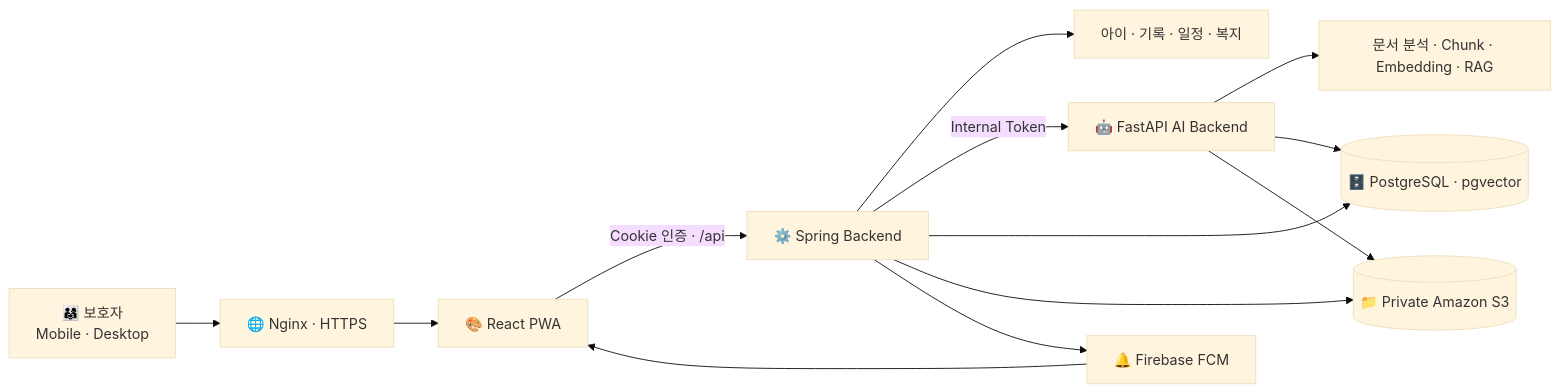
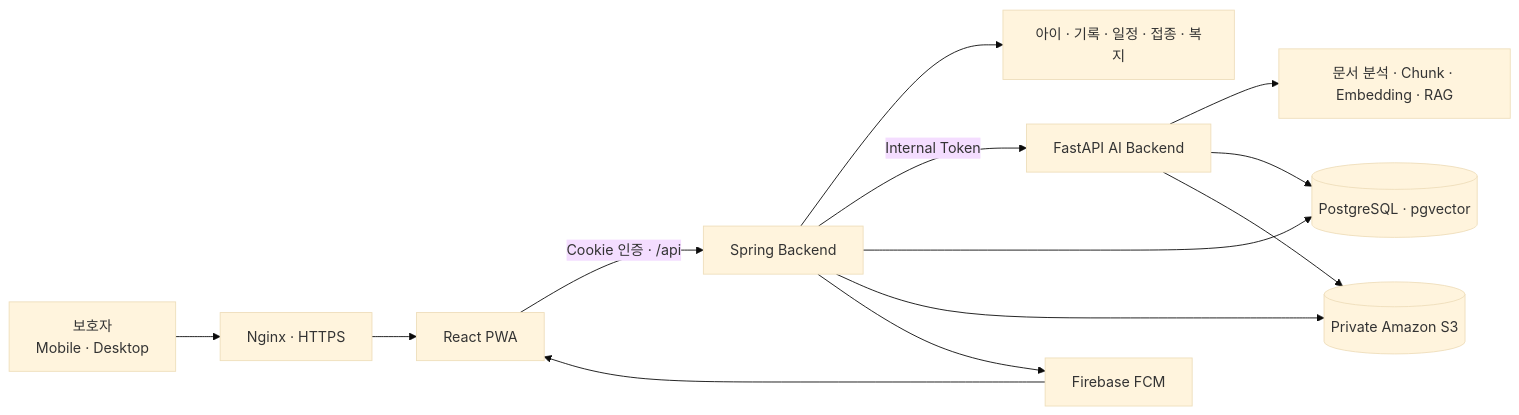
Before and after one commit to ieum-connect/.github: the first of 2 diagrams in profile/README.md, drawn with Mermaid (base theme). The commit also changed other lines of this file and 2 other files, not shown here.

````diff
--- a/profile/README.md
+++ b/profile/README.md
@@ -133,14 +150,14 @@
 ```mermaid
 flowchart LR
-    USER["👨‍👩‍👧 보호자<br/>Mobile · Desktop"] --> NGINX["🌐 Nginx · HTTPS"]
-    NGINX --> FE["🎨 React PWA"]
-    FE -->|Cookie 인증 · /api| BE["⚙️ Spring Backend"]
-    BE --> DOMAIN["아이 · 기록 · 일정 · 복지"]
-    BE -->|Internal Token| AI["🤖 FastAPI AI Backend"]
+    USER["보호자<br/>Mobile · Desktop"] --> NGINX["Nginx · HTTPS"]
+    NGINX --> FE["React PWA"]
+    FE -->|Cookie 인증 · /api| BE["Spring Backend"]
+    BE --> DOMAIN["아이 · 기록 · 일정 · 접종 · 복지"]
+    BE -->|Internal Token| AI["FastAPI AI Backend"]
     AI --> PIPE["문서 분석 · Chunk · Embedding · RAG"]
-    BE --> DB[("🗄️ PostgreSQL · pgvector")]
+    BE --> DB[("PostgreSQL · pgvector")]
     AI --> DB
-    BE --> S3[("📁 Private Amazon S3")]
+    BE --> S3[("Private Amazon S3")]
     AI --> S3
-    BE --> FCM["🔔 Firebase FCM"] --> FE
+    BE --> FCM["Firebase FCM"] --> FE
 ```
````
